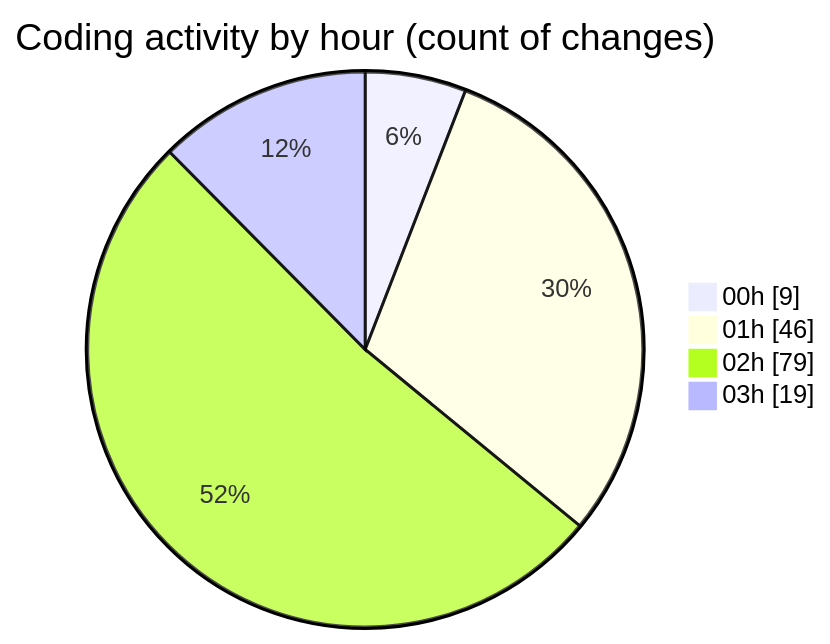
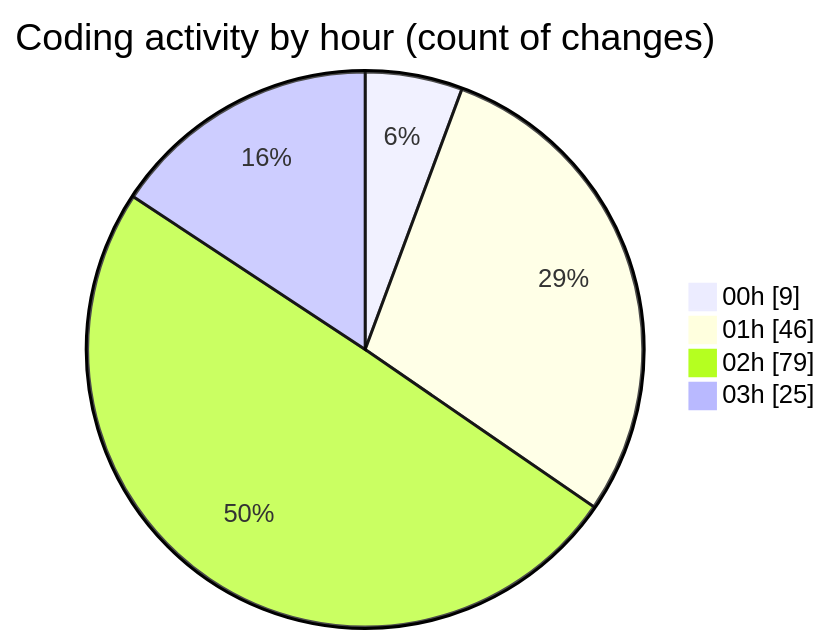
Before and after one commit to julien-gomy/code-tracking: the second of 2 diagrams in 2025-11-18/eventscop-frontend-guide__workspace_/README.md, drawn with Mermaid. The commit also changed other lines of this file and 1 other file, not shown here.

````diff
--- a/2025-11-18/eventscop-frontend-guide__workspace_/README.md
+++ b/2025-11-18/eventscop-frontend-guide__workspace_/README.md
@@ -63,8 +64,8 @@
 ```mermaid
 pie showData
 title Coding activity by hour (count of changes)
 "00h" : 9
 "01h" : 46
 "02h" : 79
-"03h" : 19
+"03h" : 25
 ```
````
